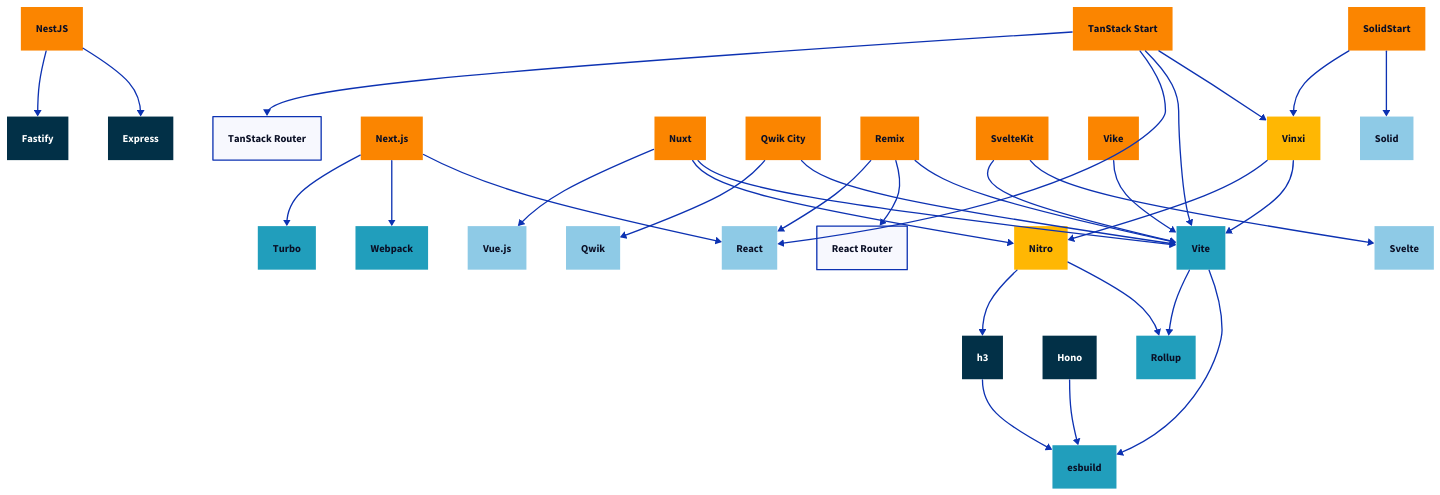
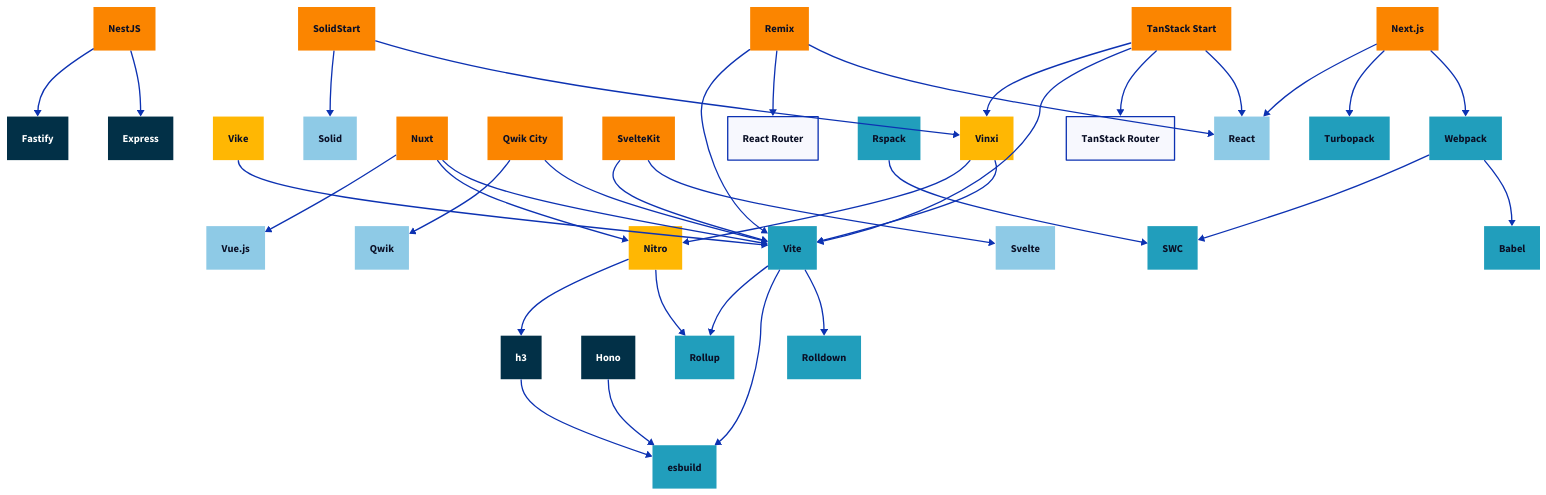
Before and after one commit to flmn/js-depends: the diagram in depends.d2, drawn with D2. The commit also changed 1 other file, not shown here.

```diff
--- a/depends.d2
+++ b/depends.d2
@@ -1,109 +1,119 @@
 classes: {
   server: {
     style: {
       fill: "#023047"
       font-color: white
       stroke-width: 0
     }
   }
 
   fx: {
     style: {
       fill: "#FFB703"
       stroke-width: 0
     }
   }
 
   kit: {
     style: {
       fill: "#FB8500"
       stroke-width: 0
     }
   }
 
   ui: {
     style: {
       fill: "#8ECAE6"
       stroke-width: 0
     }
   }
 
   build: {
     style: {
       fill: "#219EBC"
       stroke-width: 0
     }
   }
 }
 
 Express.class: server
 Fastify.class: server
 h3.class: server
 Hono.class: server
 
 Nitro.class: fx
+Vike.class: fx
 Vinxi.class: fx
 
 NestJS.class: kit
 "Next.js".class: kit
 Nuxt.class: kit
 "Qwik City".class: kit
 Remix.class: kit
 SolidStart.class: kit
 SvelteKit.class: kit
 "TanStack Start".class: kit
-Vike.class: kit
 
 Qwik.class: ui
 React.class: ui
 Solid.class: ui
 Svelte.class: ui
 "Vue.js".class: ui
 
+Rspack.class: build
+Webpack.class: build
 esbuild.class: build
+Rolldown.class: build
 Rollup.class: build
-Turbo.class: build
+SWC.class: build
+Turbopack.class: build
 Vite.class: build
-Webpack.class: build
+Babel.class: build
 
 SvelteKit -> Svelte
 SvelteKit -> Vite
 
 "Qwik City" -> Vite
 "Qwik City" -> Qwik
 
 Nuxt -> Vite
 Nuxt -> Nitro
 Nuxt -> "Vue.js"
 
+SolidStart -> Vinxi
 SolidStart -> Solid
-SolidStart -> Vinxi
 
 Vinxi -> Vite
 Vinxi -> Nitro
 
 Vike -> Vite
 
+Vite -> Rolldown
 Vite -> esbuild
 Vite -> Rollup
 
 Nitro -> Rollup
 Nitro -> h3 -> esbuild
 
-"TanStack Start" -> Vinxi
-"TanStack Start" -> Vite
 "TanStack Start" -> React
 "TanStack Start" -> "TanStack Router"
+"TanStack Start" -> Vite
+"TanStack Start" -> Vinxi
 
+"Next.js" -> Webpack
+"Next.js" -> Turbopack
+"Next.js" -> React
+
+Remix -> React
+Remix -> "React Router"
 Remix -> Vite
-Remix -> "React Router"
-Remix -> React
-
-"Next.js" -> React
-"Next.js" -> Webpack
-"Next.js" -> Turbo
 
 Hono -> esbuild
 
 NestJS -> Express
 NestJS -> Fastify
+
+Webpack -> Babel
+Webpack -> SWC
+
+Rspack -> SWC
```
